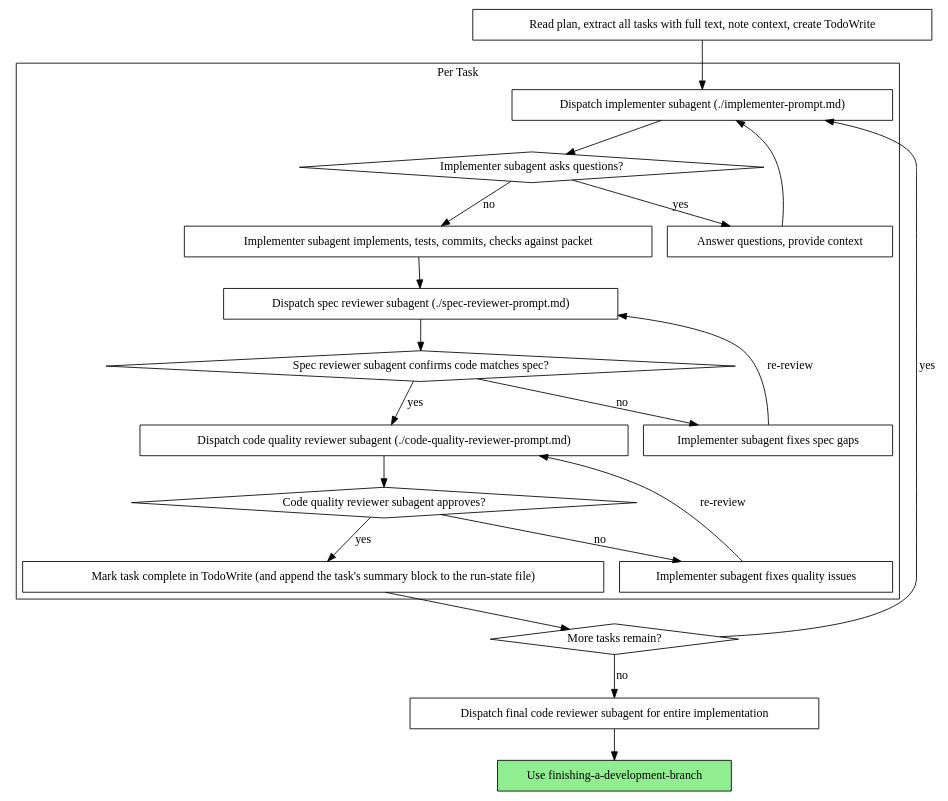
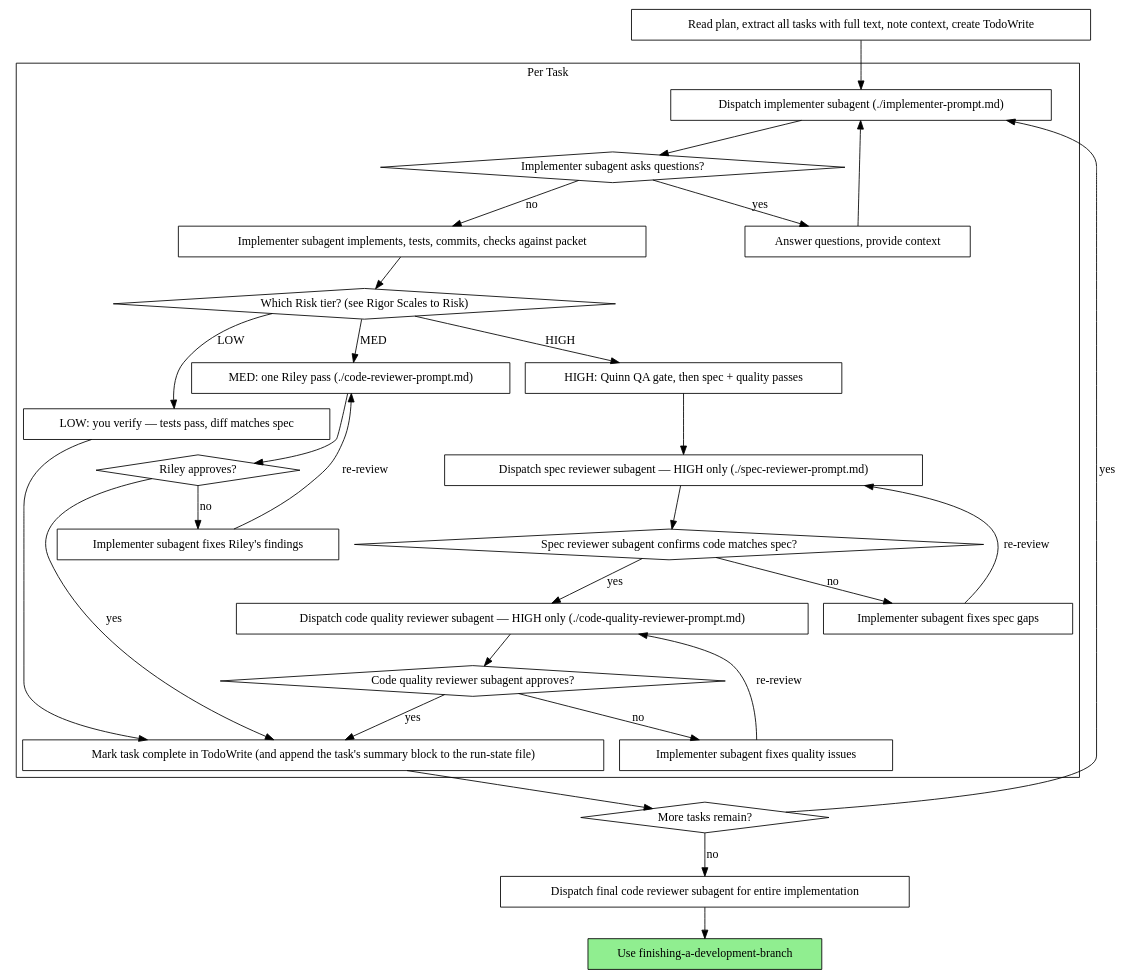
One commit to j-loyd/keystone changed the second of 2 diagrams in plugins/keystone/skills/subagent-driven-development/SKILL.md. Above: the diagram before and after it, drawn with Graphviz. The commit also changed other lines of this file and 27 other files, not shown here.

````diff
--- a/plugins/keystone/skills/subagent-driven-development/SKILL.md
+++ b/plugins/keystone/skills/subagent-driven-development/SKILL.md
@@ -149,44 +170,59 @@
 ```dot
 digraph process {
     rankdir=TB;
 
     subgraph cluster_per_task {
         label="Per Task";
         "Dispatch implementer subagent (./implementer-prompt.md)" [shape=box];
         "Implementer subagent asks questions?" [shape=diamond];
         "Answer questions, provide context" [shape=box];
         "Implementer subagent implements, tests, commits, checks against packet" [shape=box];
-        "Dispatch spec reviewer subagent (./spec-reviewer-prompt.md)" [shape=box];
+        "Which Risk tier? (see Rigor Scales to Risk)" [shape=diamond];
+        "LOW: you verify — tests pass, diff matches spec" [shape=box];
+        "MED: one Riley pass (./code-reviewer-prompt.md)" [shape=box];
+        "Riley approves?" [shape=diamond];
+        "Implementer subagent fixes Riley's findings" [shape=box];
+        "HIGH: Quinn QA gate, then spec + quality passes" [shape=box];
+        "Dispatch spec reviewer subagent — HIGH only (./spec-reviewer-prompt.md)" [shape=box];
         "Spec reviewer subagent confirms code matches spec?" [shape=diamond];
         "Implementer subagent fixes spec gaps" [shape=box];
-        "Dispatch code quality reviewer subagent (./code-quality-reviewer-prompt.md)" [shape=box];
+        "Dispatch code quality reviewer subagent — HIGH only (./code-quality-reviewer-prompt.md)" [shape=box];
         "Code quality reviewer subagent approves?" [shape=diamond];
         "Implementer subagent fixes quality issues" [shape=box];
         "Mark task complete in TodoWrite (and append the task's summary block to the run-state file)" [shape=box];
     }
 
     "Read plan, extract all tasks with full text, note context, create TodoWrite" [shape=box];
     "More tasks remain?" [shape=diamond];
     "Dispatch final code reviewer subagent for entire implementation" [shape=box];
     "Use finishing-a-development-branch" [shape=box style=filled fillcolor=lightgreen];
 
     "Read plan, extract all tasks with full text, note context, create TodoWrite" -> "Dispatch implementer subagent (./implementer-prompt.md)";
     "Dispatch implementer subagent (./implementer-prompt.md)" -> "Implementer subagent asks questions?";
     "Implementer subagent asks questions?" -> "Answer questions, provide context" [label="yes"];
     "Answer questions, provide context" -> "Dispatch implementer subagent (./implementer-prompt.md)";
     "Implementer subagent asks questions?" -> "Implementer subagent implements, tests, commits, checks against packet" [label="no"];
-    "Implementer subagent implements, tests, commits, checks against packet" -> "Dispatch spec reviewer subagent (./spec-reviewer-prompt.md)";
-    "Dispatch spec reviewer subagent (./spec-reviewer-prompt.md)" -> "Spec reviewer subagent confirms code matches spec?";
+    "Implementer subagent implements, tests, commits, checks against packet" -> "Which Risk tier? (see Rigor Scales to Risk)";
+    "Which Risk tier? (see Rigor Scales to Risk)" -> "LOW: you verify — tests pass, diff matches spec" [label="LOW"];
+    "LOW: you verify — tests pass, diff matches spec" -> "Mark task complete in TodoWrite (and append the task's summary block to the run-state file)";
+    "Which Risk tier? (see Rigor Scales to Risk)" -> "MED: one Riley pass (./code-reviewer-prompt.md)" [label="MED"];
+    "MED: one Riley pass (./code-reviewer-prompt.md)" -> "Riley approves?";
+    "Riley approves?" -> "Implementer subagent fixes Riley's findings" [label="no"];
+    "Implementer subagent fixes Riley's findings" -> "MED: one Riley pass (./code-reviewer-prompt.md)" [label="re-review"];
+    "Riley approves?" -> "Mark task complete in TodoWrite (and append the task's summary block to the run-state file)" [label="yes"];
+    "Which Risk tier? (see Rigor Scales to Risk)" -> "HIGH: Quinn QA gate, then spec + quality passes" [label="HIGH"];
+    "HIGH: Quinn QA gate, then spec + quality passes" -> "Dispatch spec reviewer subagent — HIGH only (./spec-reviewer-prompt.md)";
+    "Dispatch spec reviewer subagent — HIGH only (./spec-reviewer-prompt.md)" -> "Spec reviewer subagent confirms code matches spec?";
     "Spec reviewer subagent confirms code matches spec?" -> "Implementer subagent fixes spec gaps" [label="no"];
-    "Implementer subagent fixes spec gaps" -> "Dispatch spec reviewer subagent (./spec-reviewer-prompt.md)" [label="re-review"];
-    "Spec reviewer subagent confirms code matches spec?" -> "Dispatch code quality reviewer subagent (./code-quality-reviewer-prompt.md)" [label="yes"];
-    "Dispatch code quality reviewer subagent (./code-quality-reviewer-prompt.md)" -> "Code quality reviewer subagent approves?";
+    "Implementer subagent fixes spec gaps" -> "Dispatch spec reviewer subagent — HIGH only (./spec-reviewer-prompt.md)" [label="re-review"];
+    "Spec reviewer subagent confirms code matches spec?" -> "Dispatch code quality reviewer subagent — HIGH only (./code-quality-reviewer-prompt.md)" [label="yes"];
+    "Dispatch code quality reviewer subagent — HIGH only (./code-quality-reviewer-prompt.md)" -> "Code quality reviewer subagent approves?";
     "Code quality reviewer subagent approves?" -> "Implementer subagent fixes quality issues" [label="no"];
-    "Implementer subagent fixes quality issues" -> "Dispatch code quality reviewer subagent (./code-quality-reviewer-prompt.md)" [label="re-review"];
+    "Implementer subagent fixes quality issues" -> "Dispatch code quality reviewer subagent — HIGH only (./code-quality-reviewer-prompt.md)" [label="re-review"];
     "Code quality reviewer subagent approves?" -> "Mark task complete in TodoWrite (and append the task's summary block to the run-state file)" [label="yes"];
     "Mark task complete in TodoWrite (and append the task's summary block to the run-state file)" -> "More tasks remain?";
     "More tasks remain?" -> "Dispatch implementer subagent (./implementer-prompt.md)" [label="yes"];
     "More tasks remain?" -> "Dispatch final code reviewer subagent for entire implementation" [label="no"];
     "Dispatch final code reviewer subagent for entire implementation" -> "Use finishing-a-development-branch";
 }
 ```
````
